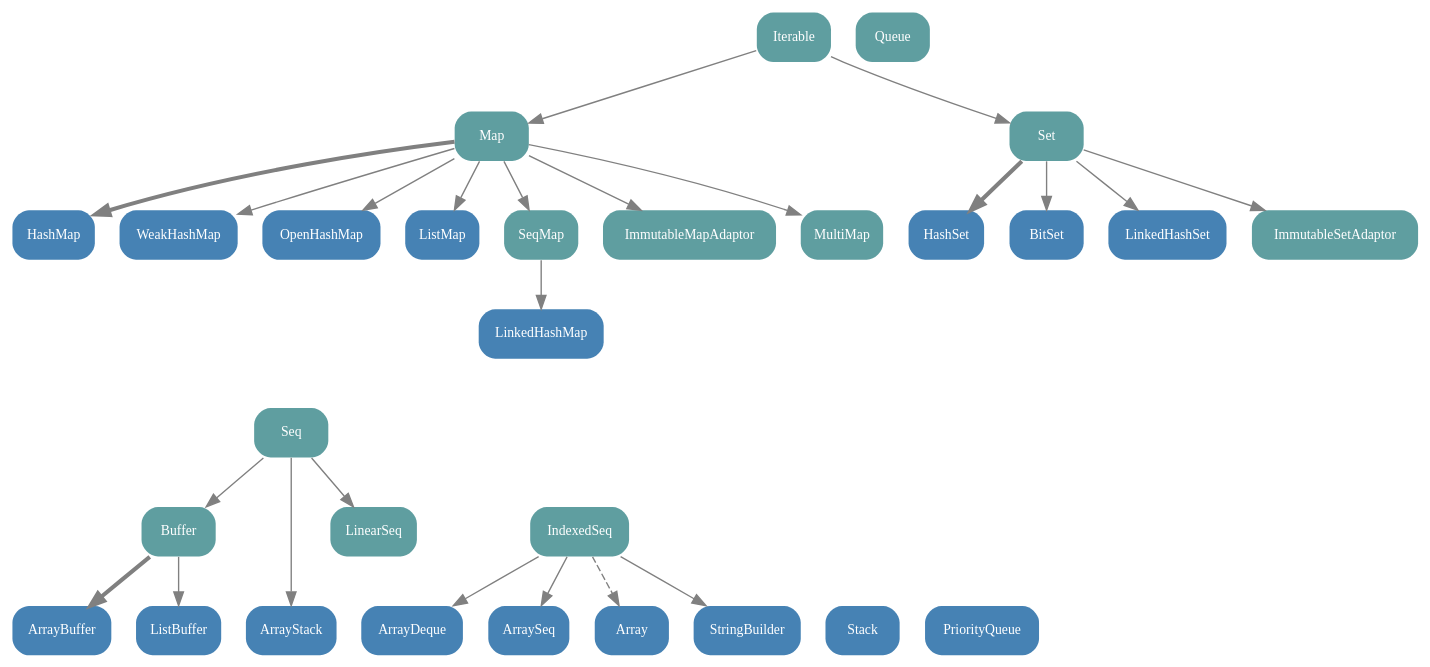
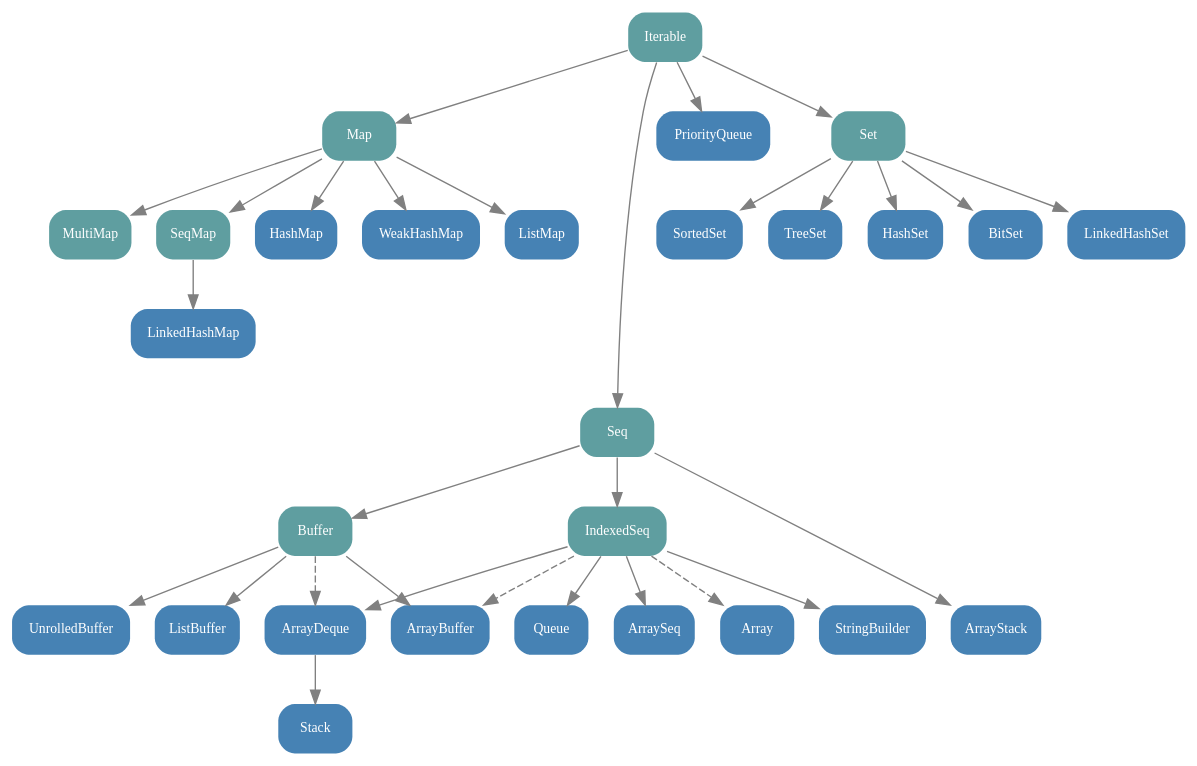
Before and after one commit to er1c/scala-collections-charts: the diagram in src/scala.collection.mutable.gv, drawn with Graphviz.

Commit message:
Mutable collections looking good

```diff
--- a/src/scala.collection.mutable.gv
+++ b/src/scala.collection.mutable.gv
@@ -1,79 +1,88 @@
 // dot graphs for the Scala 2.13 Collections API
 // package scala.collection.mutable
 // (C) 2010 by Mathias
 // (C) 2015 and 2019 by Mike Slinn
 
-// Traversable removed because it was deprecated in Scala 2.13
+// Traversable and OpenHashMap removed because they were deprecated in Scala 2.13
 digraph "scala.collection.mutable" {
   bgcolor=transparent
   dpi=68
 
   // layout help
   node [shape=point, style=invis]
   edge [style=invis]
   Level0 -> Level1 -> Level2 -> Level3 -> Level4 -> Level5 -> Level6 -> Level7 -> Level8 -> Level9
 
   // node definitions
   node [shape=box, style="rounded, filled", fontname=tahoma, fontsize=10, fontcolor=white, color=none, fillcolor=cadetblue]
   mIterable [label="Iterable", URL="http://www.scala-lang.org/api/current/scala/collection/mutable/Iterable.html"]
     mMap [label="Map", URL="http://www.scala-lang.org/api/current/scala/collection/mutable/Map.html"]
       mHashMap [fillcolor="steelblue", label="HashMap", URL="http://www.scala-lang.org/api/current/scala/collection/mutable/HashMap.html"]
       WeakHashMap [fillcolor="steelblue", URL="http://www.scala-lang.org/api/current/scala/collection/mutable/WeakHashMap.html"]
-      OpenHashMap [fillcolor="steelblue", URL="http://www.scala-lang.org/api/current/scala/collection/mutable/OpenHashMap.html"]
       mListMap [fillcolor="steelblue", label="ListMap", URL="http://www.scala-lang.org/api/current/scala/collection/mutable/ListMap.html"]
+      MultiMap [URL="http://www.scala-lang.org/api/current/scala/collection/mutable/MultiMap.html"]
     mSeq [label="Seq", URL="http://www.scala-lang.org/api/current/scala/collection/mutable/Seq.html"]
       mIndexedSeq [label="IndexedSeq", URL="http://www.scala-lang.org/api/current/scala/collection/mutable/IndexedSeq.html"]
         ArrayBuffer [fillcolor="steelblue", URL="http://www.scala-lang.org/api/current/scala/collection/mutable/ArrayBuffer.html"] // also a Buffer
         ArrayDeque [fillcolor="steelblue", URL="http://www.scala-lang.org/api/current/scala/collection/mutable/ArrayDeque.html"]
         ArraySeq [fillcolor="steelblue", URL="http://www.scala-lang.org/api/current/scala/collection/mutable/ArraySeq.html"]
         Array [fillcolor="steelblue", URL="http://www.scala-lang.org/api/current/scala/Array.html"]
         StringBuilder [fillcolor="steelblue", URL="http://www.scala-lang.org/api/current/scala/collection/mutable/StringBuilder.html"]
       Buffer [URL="http://www.scala-lang.org/api/current/scala/collection/mutable/Buffer.html"]
         ListBuffer [fillcolor="steelblue", URL="http://www.scala-lang.org/api/current/scala/collection/mutable/ListBuffer.html"]
+        UnrolledBuffer [fillcolor="steelblue", URL="http://www.scala-lang.org/api/current/scala/collection/mutable/Buffer.html"]
       mStack [fillcolor="steelblue", label="Stack", URL="http://www.scala-lang.org/api/current/scala/collection/mutable/Stack.html"]
       ArrayStack [fillcolor="steelblue", URL="http://www.scala-lang.org/api/current/scala/collection/mutable/ArrayStack.html"]
       PriorityQueue [fillcolor="steelblue", URL="http://www.scala-lang.org/api/current/scala/collection/mutable/PriorityQueue.html"]
-        mLinearSeq [label="LinearSeq", URL="http://www.scala-lang.org/api/current/scala/collection/immutable/LinearSeq.html"]
-          mQueue [label="Queue", URL="http://www.scala-lang.org/api/current/scala/collection/mutable/Queue.html"]
+          mQueue [fillcolor="steelblue", label="Queue", URL="http://www.scala-lang.org/api/current/scala/collection/mutable/Queue.html"]
     mSeqMap [label="SeqMap", URL="http://www.scala-lang.org/api/current/scala/collection/mutable/SeqMap.html"]
       LinkedHashMap [fillcolor="steelblue", label="LinkedHashMap", URL="http://www.scala-lang.org/api/current/scala/collection/mutable/LinkedHashMap.html"]
     mSet [label="Set", URL="http://www.scala-lang.org/api/current/scala/collection/mutable/Set.html"]
       mHashSet [fillcolor="steelblue", label="HashSet", URL="http://www.scala-lang.org/api/current/scala/collection/mutable/HashSet.html"]
       mBitSet [fillcolor="steelblue", label="BitSet", URL="http://www.scala-lang.org/api/current/scala/collection/mutable/BitSet.html"]
       LinkedHashSet [fillcolor="steelblue", URL="http://www.scala-lang.org/api/current/scala/collection/mutable/LinkedHashSet.html"]
+      SortedSet [fillcolor="steelblue", URL="http://www.scala-lang.org/api/current/scala/collection/mutable/SortedSet.html"]
+      TreeSet [fillcolor="steelblue", URL="http://www.scala-lang.org/api/current/scala/collection/mutable/TreeSet.html"]
 
   // layout help
   { rank=same; Level0; mIterable }
-  { rank=same; Level1; mSet; mMap}
-  { rank=same; Level2; WeakHashMap; OpenHashMap; ImmutableMapAdaptor; ImmutableSetAdaptor; mSeqMap; MultiMap }
+  { rank=same; Level1; mSet; mMap; PriorityQueue }
+  { rank=same; Level2; WeakHashMap; mSeqMap; MultiMap }
   { rank=same; Level3; LinkedHashMap }
   { rank=same; Level4; mSeq }
   { rank=same; Level5;  }
-  { rank=same; Level6; ArraySeq; mStack; ArrayStack; PriorityQueue }
+  { rank=same; Level6; ArraySeq; ArrayStack }
+  { rank=same; Level7; mStack }
 
   // edge definitions
   edge [style=solid, color=gray]
+  mIterable -> mSet
+  mIterable -> mSeq
+  mIterable -> mMap
+  mIterable -> PriorityQueue
+  mSeq -> ArrayStack
+  mSeq -> Buffer
+  mSeq -> mIndexedSeq
   mIndexedSeq -> ArraySeq
   mIndexedSeq -> Array [style=dashed, URL="http://www.scala-lang.org/api/current/scala/collection/mutable/ArrayOps.html"]
   mIndexedSeq -> StringBuilder
   mIndexedSeq -> ArrayDeque
-  mSeq -> mLinearSeq
-  mSeq -> Buffer
-  Buffer -> ArrayBuffer [penwidth=3]
+  mIndexedSeq -> mQueue
+  mIndexedSeq -> ArrayBuffer[style=dashed]
+  Buffer -> ArrayBuffer
   Buffer -> ListBuffer
-  mSeq -> ArrayStack
-  mIterable -> mSet
-  mSet -> mHashSet [penwidth=3]
+  Buffer -> ArrayDeque[style=dashed]
+  Buffer -> UnrolledBuffer
+  mSet -> mHashSet
   mSet -> mBitSet
   mSet -> LinkedHashSet
-  mSet -> ImmutableSetAdaptor
-  mIterable -> mMap
-  mMap -> mHashMap [penwidth=3]
+  mSet -> SortedSet
+  mSet -> TreeSet
+  mMap -> mHashMap
   mMap -> WeakHashMap
-  mMap -> OpenHashMap
   mMap -> mListMap
   mMap -> MultiMap
-  mMap -> ImmutableMapAdaptor
   mMap -> mSeqMap
   mSeqMap -> LinkedHashMap
+  ArrayDeque -> mStack
 }
```
